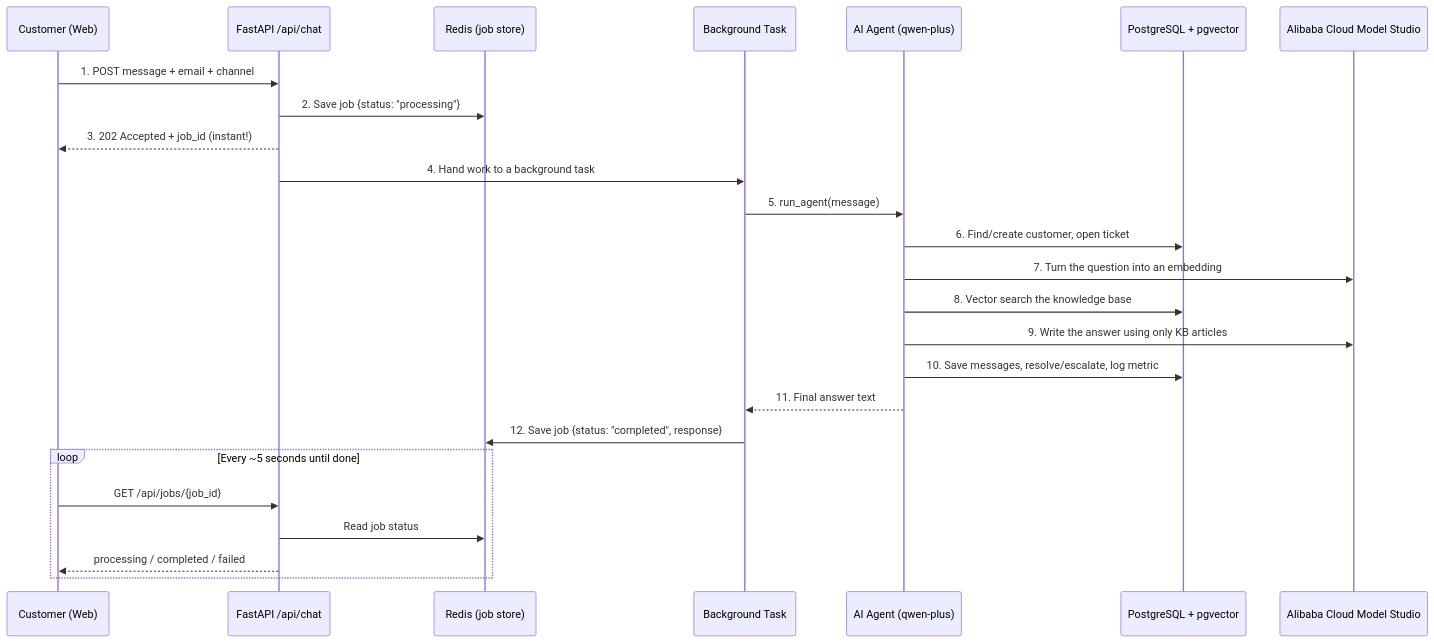
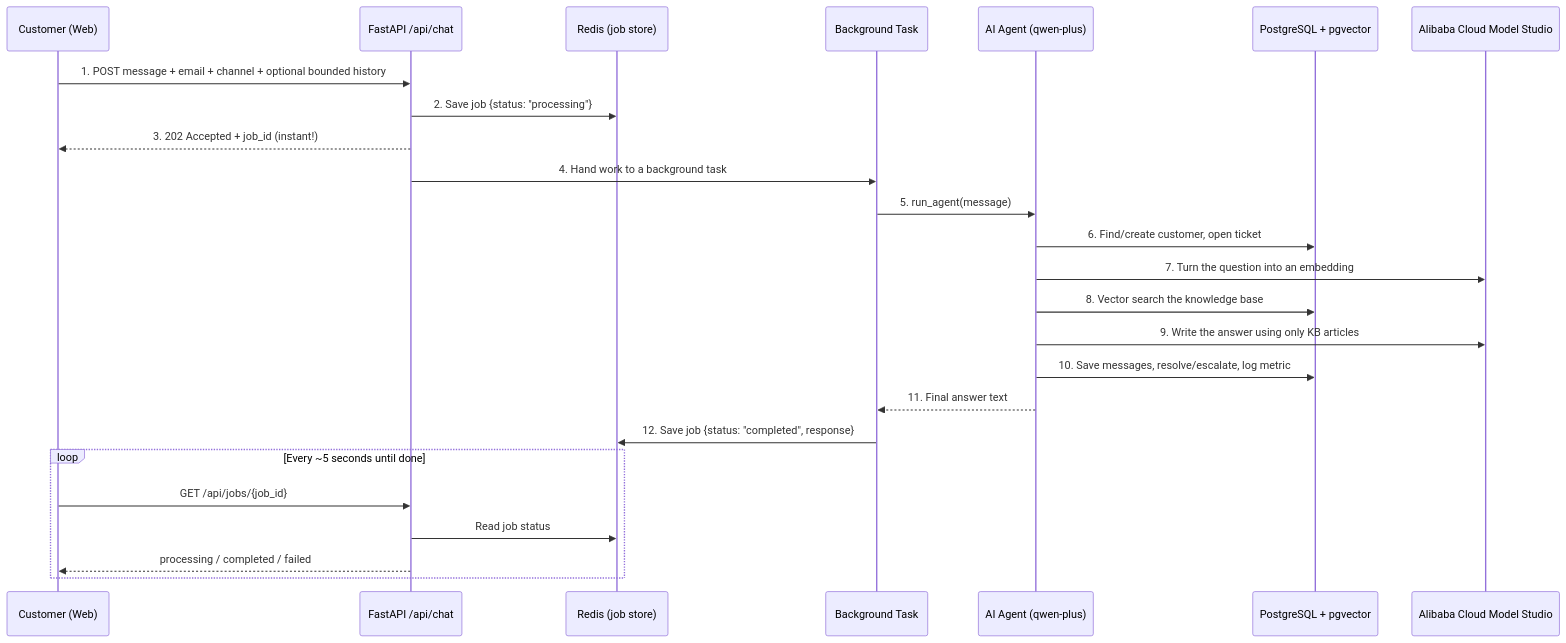
One commit to SADASEWAS3W/GroundDesk-AI changed the second of 2 diagrams in README.md. Above: the diagram before and after it, drawn with Mermaid. The commit also changed other lines of this file and 12 other files, not shown here.

Commit message:
fix: harden conversation state and follow-up flow

````diff
--- a/README.md
+++ b/README.md
@@ -139,28 +139,28 @@
 ```mermaid
 sequenceDiagram
     participant U as Customer (Web)
     participant API as FastAPI /api/chat
     participant R as Redis (job store)
     participant BG as Background Task
     participant AG as AI Agent (qwen-plus)
     participant DB as PostgreSQL + pgvector
     participant AI as Alibaba Cloud Model Studio
 
-    U->>API: 1. POST message + email + channel
+    U->>API: 1. POST message + email + channel + optional bounded history
     API->>R: 2. Save job {status: "processing"}
     API-->>U: 3. 202 Accepted + job_id (instant!)
     API->>BG: 4. Hand work to a background task
     BG->>AG: 5. run_agent(message)
     AG->>DB: 6. Find/create customer, open ticket
     AG->>AI: 7. Turn the question into an embedding
     AG->>DB: 8. Vector search the knowledge base
     AG->>AI: 9. Write the answer using only KB articles
     AG->>DB: 10. Save messages, resolve/escalate, log metric
     AG-->>BG: 11. Final answer text
     BG->>R: 12. Save job {status: "completed", response}
     loop Every ~5 seconds until done
         U->>API: GET /api/jobs/{job_id}
         API->>R: Read job status
         API-->>U: processing / completed / failed
     end
 ```
````
